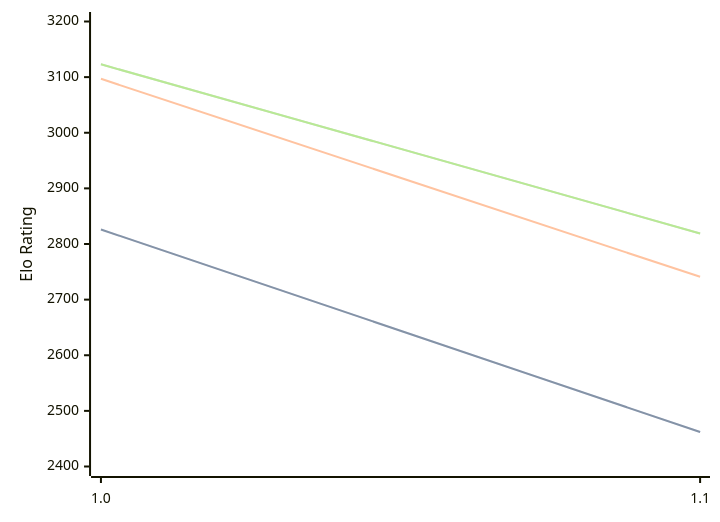
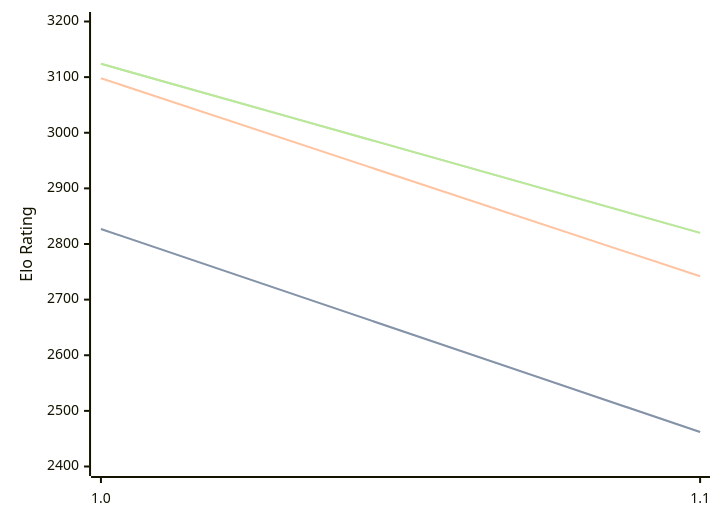
One commit to computer-chess-index/cci changed the diagram in engines/Publius.md. Above: the diagram before and after it, drawn with Mermaid. The commit also changed other lines of this file, not shown here.

Commit message:
Update CCI Ratings (ELO VLTC) - 2026-07-25

````diff
--- a/engines/Publius.md
+++ b/engines/Publius.md
@@ -32,11 +32,11 @@
 ```mermaid
 %%{init: {"theme":"base","themeVariables":{"seriesColors:['#a3a3a3','#222221','#faa371']}}}%%
 xychart-beta
   x-axis ["1.0", "1.1"]
   y-axis "Elo Rating" 2400 --> 3200
-  line "STC (8.0+0.08s)" [2826, 2462]
-  line "STC (8.0+0.08s)" [2826, 2462]
-  line "LTC (60.0+0.60s)" [3097, 2741]
-  line "VLTC (2m24s+1.12s)" [3123, 2819]
-  line "VLTC (2m24s+1.12s)" [3123, 2819]
+  line "STC (8.0+0.08s)" [2827, 2462]
+  line "STC (8.0+0.08s)" [2827, 2462]
+  line "LTC (60.0+0.60s)" [3098, 2742]
+  line "VLTC (2m24s+1.12s)" [3124, 2820]
+  line "VLTC (2m24s+1.12s)" [3124, 2820]
 ```
````
